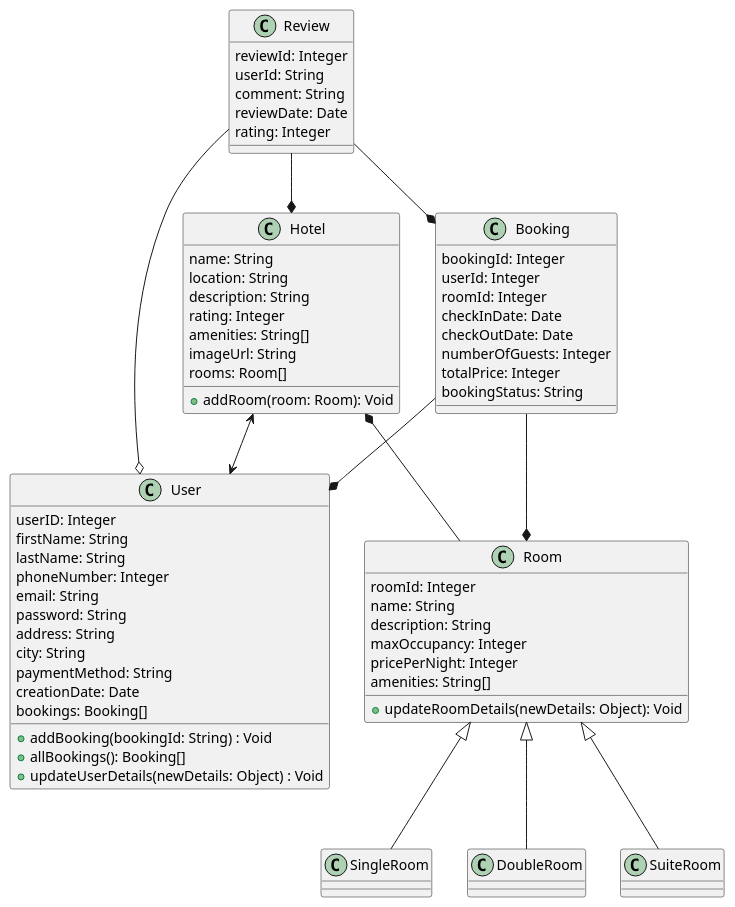
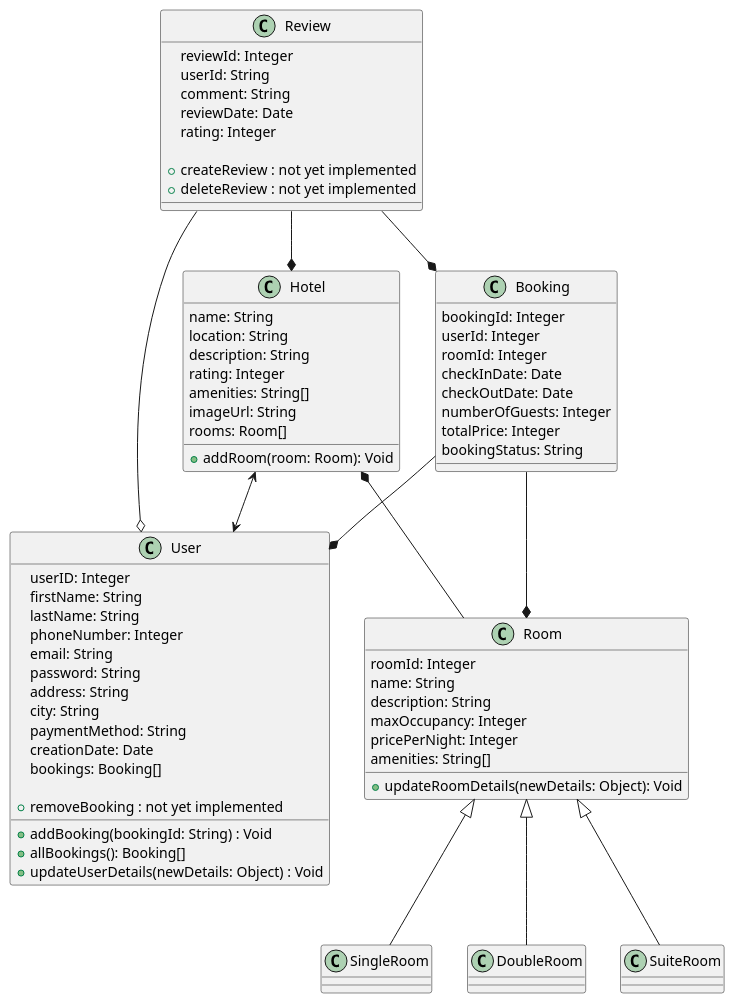
Before and after one commit to Marwerk/coyotiv-graduation-project: the diagram in architecture/class.puml, drawn with PlantUML.

Commit message:
Add Methods to Class in UML Diagram

```diff
--- a/architecture/class.puml
+++ b/architecture/class.puml
@@ -1,87 +1,91 @@
 @startuml Class Interactions
 
 
 
 Class User {
   userID: Integer
   firstName: String
   lastName: String
   phoneNumber: Integer
   email: String
   password: String
   address: String
   city: String
   paymentMethod: String
   creationDate: Date
   bookings: Booking[]
 
   + addBooking(bookingId: String) : Void
   + allBookings(): Booking[]
   + updateUserDetails(newDetails: Object) : Void
+  + removeBooking : not yet implemented
 }
 
 Class Room {
   roomId: Integer
   name: String
   description: String
   maxOccupancy: Integer
   pricePerNight: Integer
   amenities: String[]
 
   + updateRoomDetails(newDetails: Object): Void
 }
 
 ' The Room classes are for visual representation only
 Class SingleRoom {}
 Class DoubleRoom {}
 Class SuiteRoom {}
 
 Class Booking {
   bookingId: Integer
   userId: Integer
   roomId: Integer
   checkInDate: Date
   checkOutDate: Date
   numberOfGuests: Integer
   totalPrice: Integer
   bookingStatus: String
 }
 
 Class Hotel {
   name: String
   location: String
   description: String
   rating: Integer
   amenities: String[]
   imageUrl: String
   rooms: Room[]
 
   + addRoom(room: Room): Void
 }
 
 Class Review {
   reviewId: Integer
   userId: String
   comment: String
   reviewDate: Date
   rating: Integer
+
+  + createReview : not yet implemented
+  + deleteReview : not yet implemented
 }
 
 Hotel <--> User
 Hotel *-- Room
 Room <|-- SingleRoom
 Room <|-- DoubleRoom
 Room <|-- SuiteRoom
 ' a Booking cannot exist without a user and a room
 Booking --* User
 Booking --* Room
 ' A review can exist independent of the user
 Review --o User
 ' A review cannot exist without a hotel to review (:
 Review --* Hotel
 ' A review cannot exist without a booking
 Review --* Booking
 
 
 
 @enduml
```
